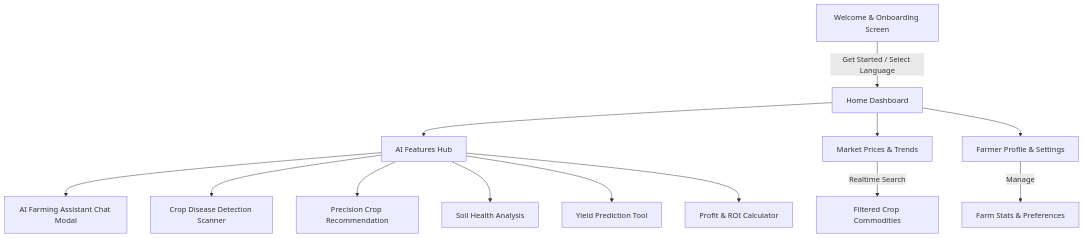
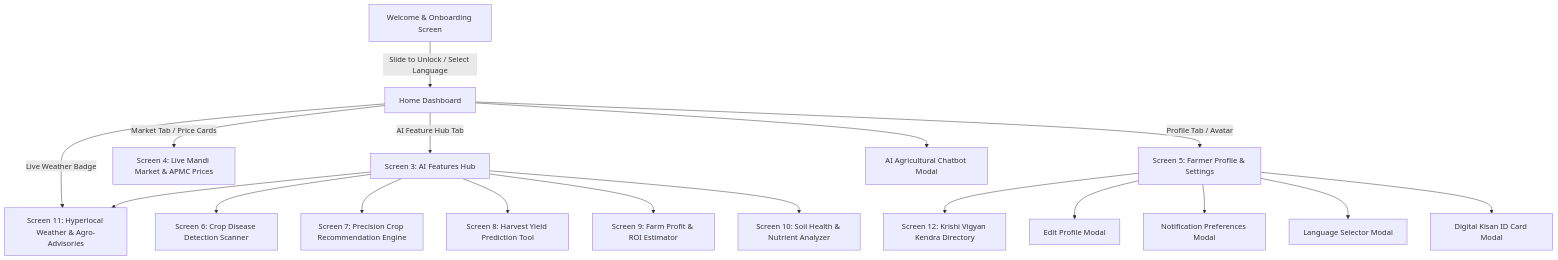
One commit to oye-rahul/AI-Smart-Farming changed the diagram in README.md. Above: the diagram before and after it, drawn with Mermaid. The commit also changed other lines of this file and 1 other file, not shown here.

````diff
--- a/README.md
+++ b/README.md
@@ -71,17 +155,24 @@
 ```mermaid
 graph TD
-    A[Welcome & Onboarding Screen] -->|Get Started / Select Language| B[Home Dashboard]
-    B --> C[AI Features Hub]
-    B --> D[Market Prices & Trends]
-    B --> E[Farmer Profile & Settings]
+    A[Welcome & Onboarding Screen] -->|Slide to Unlock / Select Language| B[Home Dashboard]
     
-    C --> F[AI Farming Assistant Chat Modal]
-    C --> G[Crop Disease Detection Scanner]
-    C --> H[Precision Crop Recommendation]
-    C --> I[Soil Health Analysis]
-    C --> J[Yield Prediction Tool]
-    C --> K[Profit & ROI Calculator]
+    B -->|Live Weather Badge| W[Screen 11: Hyperlocal Weather & Agro-Advisories]
+    B -->|AI Feature Hub Tab| C[Screen 3: AI Features Hub]
+    B -->|Market Tab / Price Cards| D[Screen 4: Live Mandi Market & APMC Prices]
+    B -->|Profile Tab / Avatar| E[Screen 5: Farmer Profile & Settings]
     
-    D -->|Realtime Search| D1[Filtered Crop Commodities]
-    E -->|Manage| E1[Farm Stats & Preferences]
+    C --> F[Screen 6: Crop Disease Detection Scanner]
+    C --> G[Screen 7: Precision Crop Recommendation Engine]
+    C --> H[Screen 8: Harvest Yield Prediction Tool]
+    C --> I[Screen 9: Farm Profit & ROI Estimator]
+    C --> J[Screen 10: Soil Health & Nutrient Analyzer]
+    C --> W
+    
+    E --> K[Screen 12: Krishi Vigyan Kendra Directory]
+    E --> M1[Edit Profile Modal]
+    E --> M2[Notification Preferences Modal]
+    E --> M3[Language Selector Modal]
+    E --> M4[Digital Kisan ID Card Modal]
+    
+    B --> M5[AI Agricultural Chatbot Modal]
 ```
````
